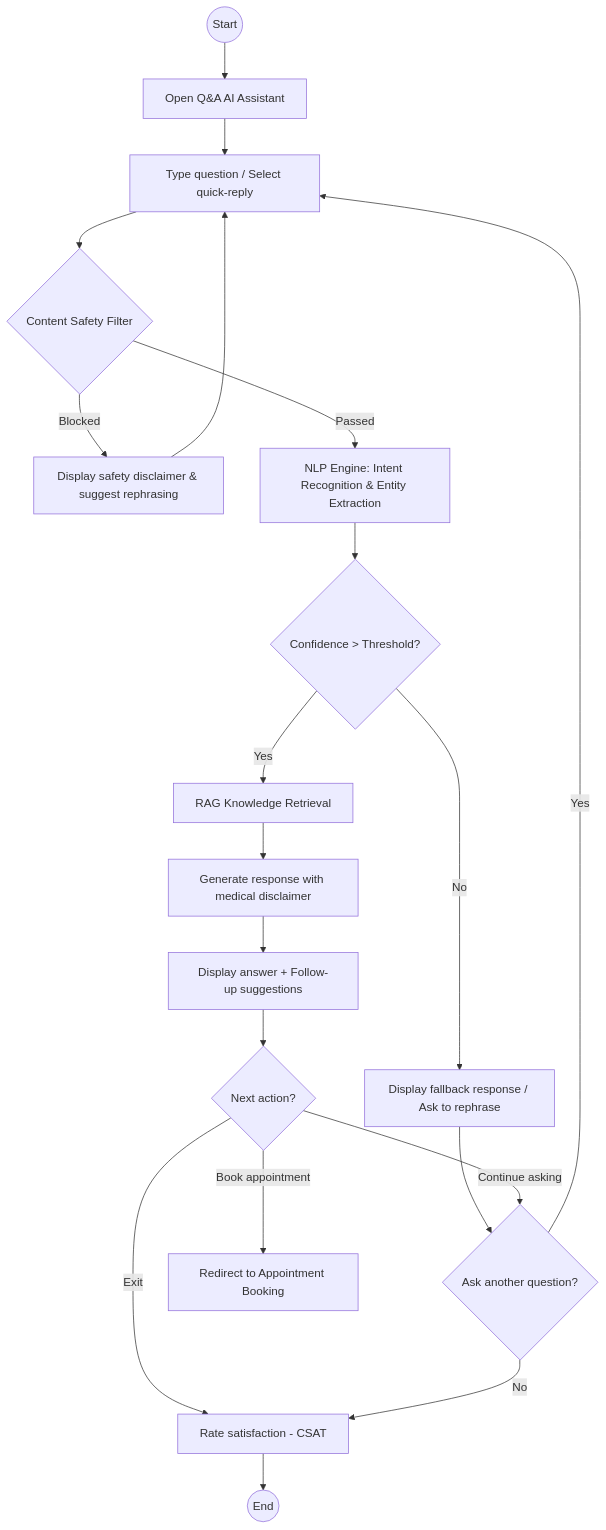
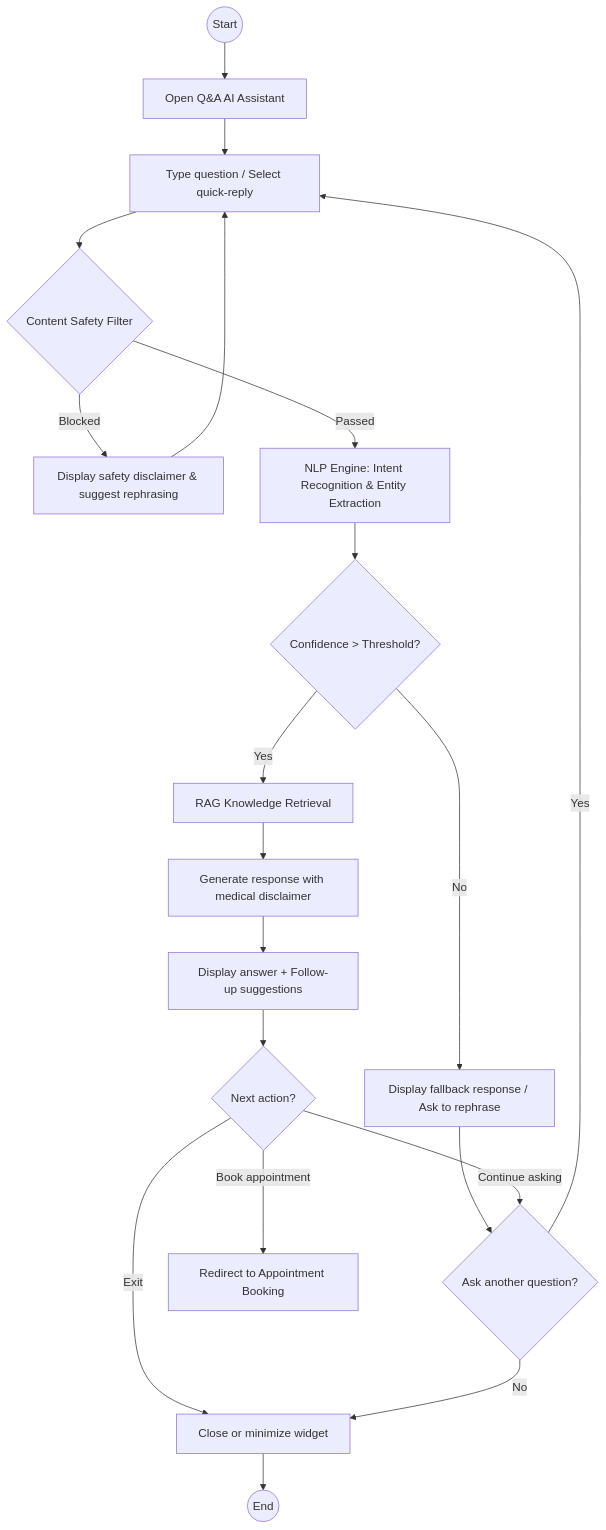
One commit to takiet2410-hub/SE-LifeLine-Project changed the second of 3 diagrams in src/StakeholderDocuments/vision.md. Above: the diagram before and after it, drawn with Mermaid. The commit also changed other lines of this file and 2 other files, not shown here.

````diff
--- a/src/StakeholderDocuments/vision.md
+++ b/src/StakeholderDocuments/vision.md
@@ -287,30 +292,30 @@
 ```mermaid
 graph TD
     Start((Start)) --> OpenChat[Open Q&A AI Assistant]
     OpenChat --> InputQuery[Type question / Select quick-reply]
     InputQuery --> SafetyCheck{Content Safety Filter}
 
     SafetyCheck -->|Blocked| SafetyMsg[Display safety disclaimer & suggest rephrasing]
     SafetyMsg --> InputQuery
 
     SafetyCheck -->|Passed| NLPProc[NLP Engine: Intent Recognition & Entity Extraction]
     NLPProc --> CheckConfidence{Confidence > Threshold?}
 
     CheckConfidence -->|No| Fallback[Display fallback response / Ask to rephrase]
     Fallback --> EndAction{Ask another question?}
 
     CheckConfidence -->|Yes| RAGSearch[RAG Knowledge Retrieval]
     RAGSearch --> GenAns[Generate response with medical disclaimer]
     GenAns --> Display[Display answer + Follow-up suggestions]
     Display --> Action{Next action?}
 
     Action -->|Book appointment| BookScreen[Redirect to Appointment Booking]
     Action -->|Continue asking| EndAction
-    Action -->|Exit| Feedback[Rate satisfaction - CSAT]
+    Action -->|Exit| EndSession[Close or minimize widget]
 
     EndAction -->|Yes| InputQuery
-    EndAction -->|No| Feedback
+    EndAction -->|No| EndSession
 
-    Feedback --> EndChat((End))
+    EndSession --> EndChat((End))
 
 ```
````
